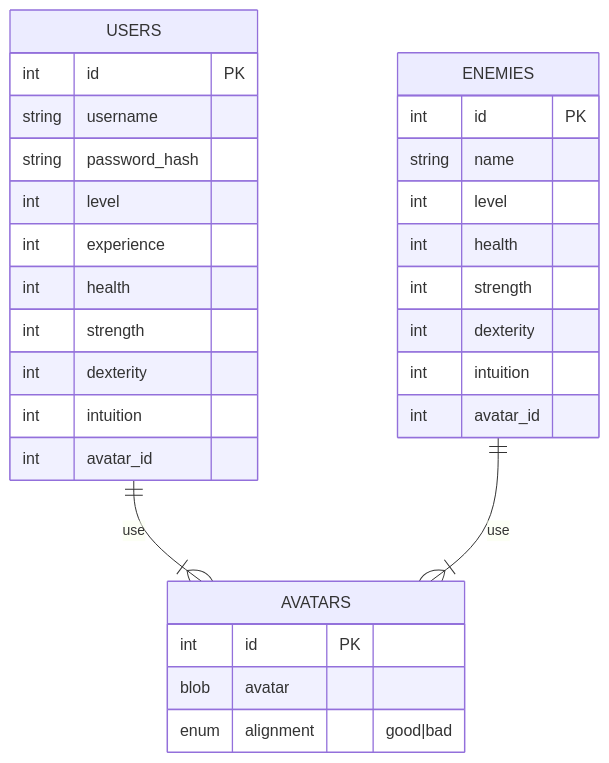
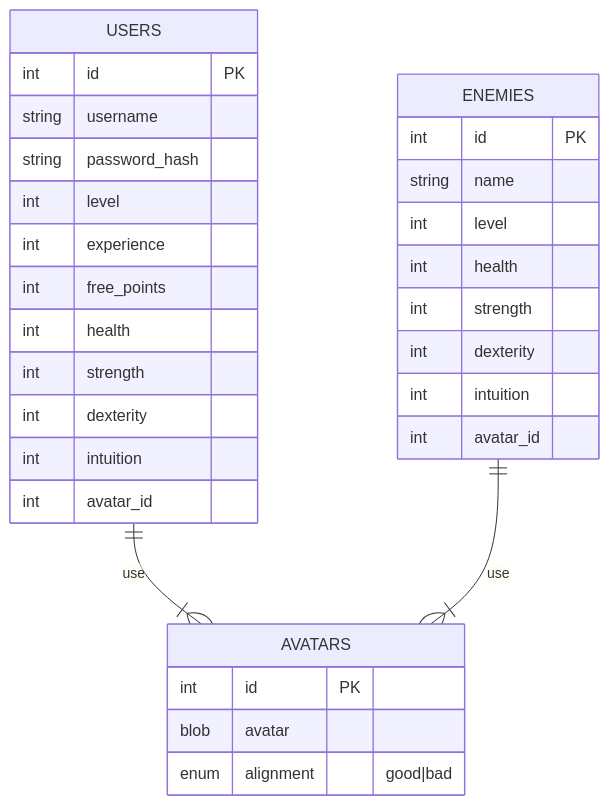
Before and after one commit to arkadiyshin/fighter: the diagram in README.md, drawn with Mermaid. The commit also changed other lines of this file, not shown here.

````diff
--- a/README.md
+++ b/README.md
@@ -16,37 +85,38 @@
 ```mermaid
 erDiagram
 
 USERS ||--|{ AVATARS : "use"
 ENEMIES ||--|{ AVATARS : "use"
 
 USERS{
   int id PK
   string username
   string password_hash
   int level
   int experience
+  int free_points
   int health
   int strength
   int dexterity
   int intuition
   int avatar_id
 }
 
 ENEMIES{
   int id PK
   string name
   int level
   int health
   int strength
   int dexterity
   int intuition
   int avatar_id
 }
 
 AVATARS{
   int id PK
   blob avatar
   enum alignment "good|bad"
 }
 
 ```
````
